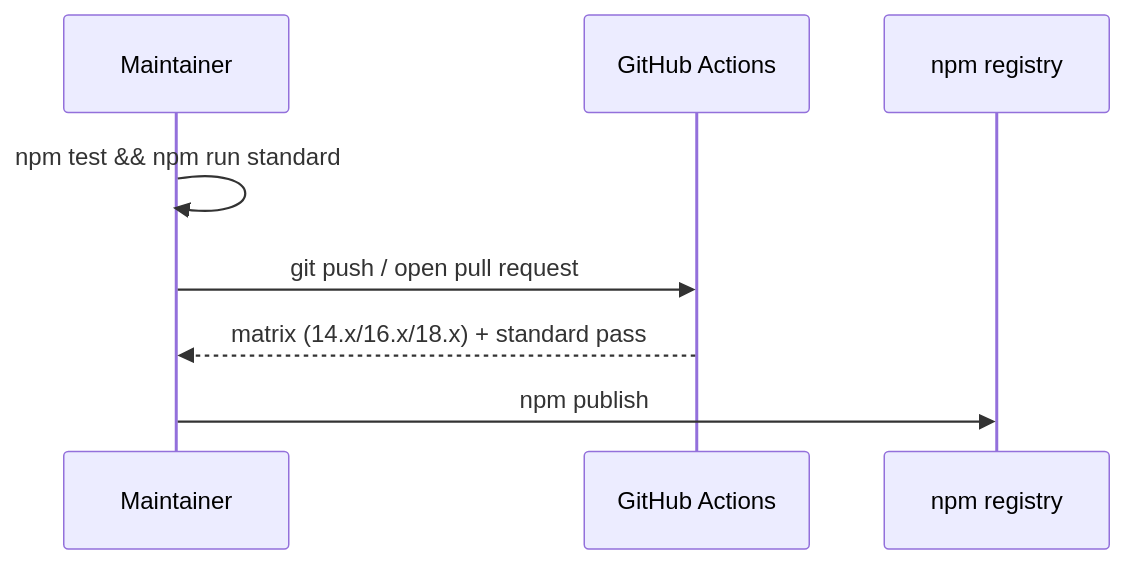
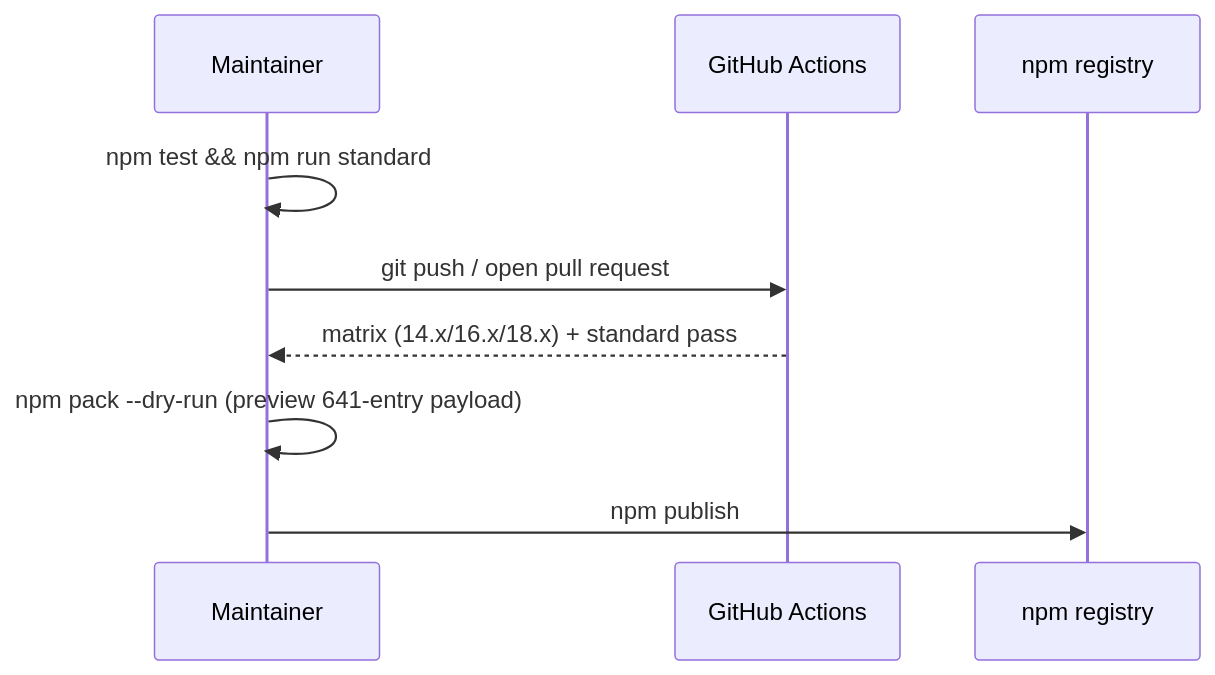
The second of 2 diagrams in README.md (lakshya-blitzy/Parent_repo_for_submodule), drawn with Mermaid before and after one commit. The commit also changed other lines of this file and 1 other file, not shown here.

````diff
--- a/README.md
+++ b/README.md
@@ -120,10 +123,11 @@
 ```mermaid
 sequenceDiagram
     participant Dev as Maintainer
     participant CI as GitHub Actions
     participant NPM as npm registry
     Dev->>Dev: npm test && npm run standard
     Dev->>CI: git push / open pull request
     CI-->>Dev: matrix (14.x/16.x/18.x) + standard pass
+    Dev->>Dev: npm pack --dry-run (preview 641-entry payload)
     Dev->>NPM: npm publish
 ```
````
